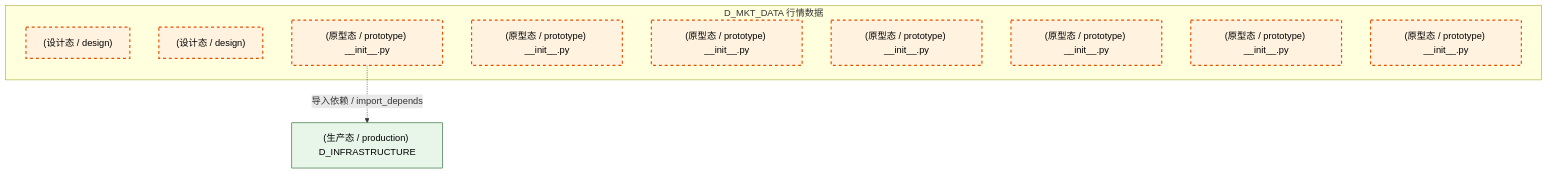
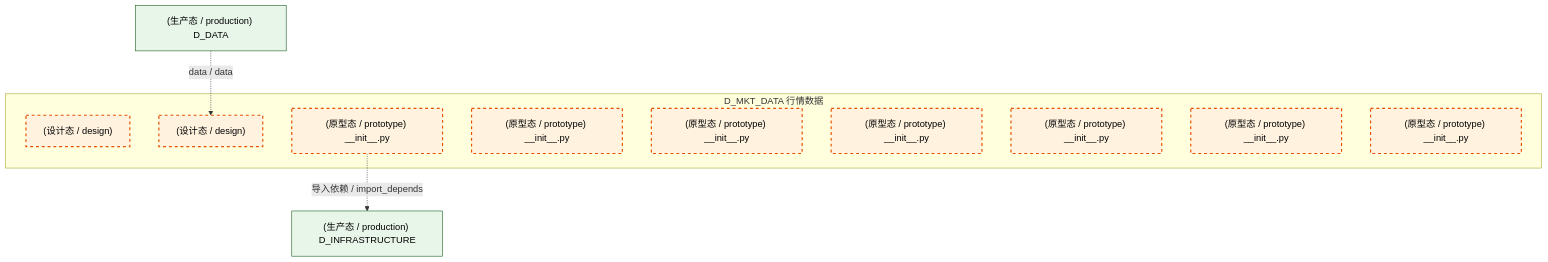
The first of 4 diagrams in docs/02_enterprise_architecture/02_domain_architecture_docs/20_d_mkt_data.md (xuanFelixVan/ZephyrAlpha), drawn with Mermaid before and after one commit. The commit also changed other lines of this file and 101 other files, not shown here.

````diff
--- a/docs/02_enterprise_architecture/02_domain_architecture_docs/20_d_mkt_data.md
+++ b/docs/02_enterprise_architecture/02_domain_architecture_docs/20_d_mkt_data.md
@@ -71,22 +71,24 @@
 ```mermaid
 graph TD
     subgraph D_MKT_DATA["D_MKT_DATA 行情数据"]
         docs_03_modules_cross_layer_database_sub_blueprints_c1_market_clickhouse_md["(设计态 / design) "]
         docs_03_modules_domain_data_data_source_operation_manual_md["(设计态 / design) "]
         src_zephyr_market_data_init_py["(原型态 / prototype) __init__.py"]
         src_zephyr_market_data_extensions_init_py["(原型态 / prototype) __init__.py"]
         src_zephyr_market_data_api_init_py["(原型态 / prototype) __init__.py"]
         src_zephyr_market_data_core_init_py["(原型态 / prototype) __init__.py"]
         src_zephyr_market_data_infrastructure_init_py["(原型态 / prototype) __init__.py"]
         src_zephyr_market_data_models_init_py["(原型态 / prototype) __init__.py"]
         src_zephyr_market_data_services_init_py["(原型态 / prototype) __init__.py"]
     end
     D_INFRASTRUCTURE["(生产态 / production) D_INFRASTRUCTURE"]
     src_zephyr_market_data_init_py -.->|导入依赖 / import_depends| D_INFRASTRUCTURE
+    D_DATA["(生产态 / production) D_DATA"]
+    D_DATA -.->|data / data| docs_03_modules_domain_data_data_source_operation_manual_md
     classDef production fill:#e1f5fe,stroke:#01579b,stroke-width:2px,color:#000
     classDef design fill:#fff3e0,stroke:#e65100,stroke-width:2px,color:#000,stroke-dasharray: 5 5
     classDef external_prod fill:#e8f5e9,stroke:#1b5e20,stroke-width:1px,color:#000
     classDef external_design fill:#fce4ec,stroke:#880e4f,stroke-width:1px,color:#000,stroke-dasharray: 5 5
     class docs_03_modules_cross_layer_database_sub_blueprints_c1_market_clickhouse_md,docs_03_modules_domain_data_data_source_operation_manual_md,src_zephyr_market_data_init_py,src_zephyr_market_data_extensions_init_py,src_zephyr_market_data_api_init_py,src_zephyr_market_data_core_init_py,src_zephyr_market_data_infrastructure_init_py,src_zephyr_market_data_models_init_py,src_zephyr_market_data_services_init_py design
-    class D_INFRASTRUCTURE external_prod
+    class D_INFRASTRUCTURE,D_DATA external_prod
 ```
````
